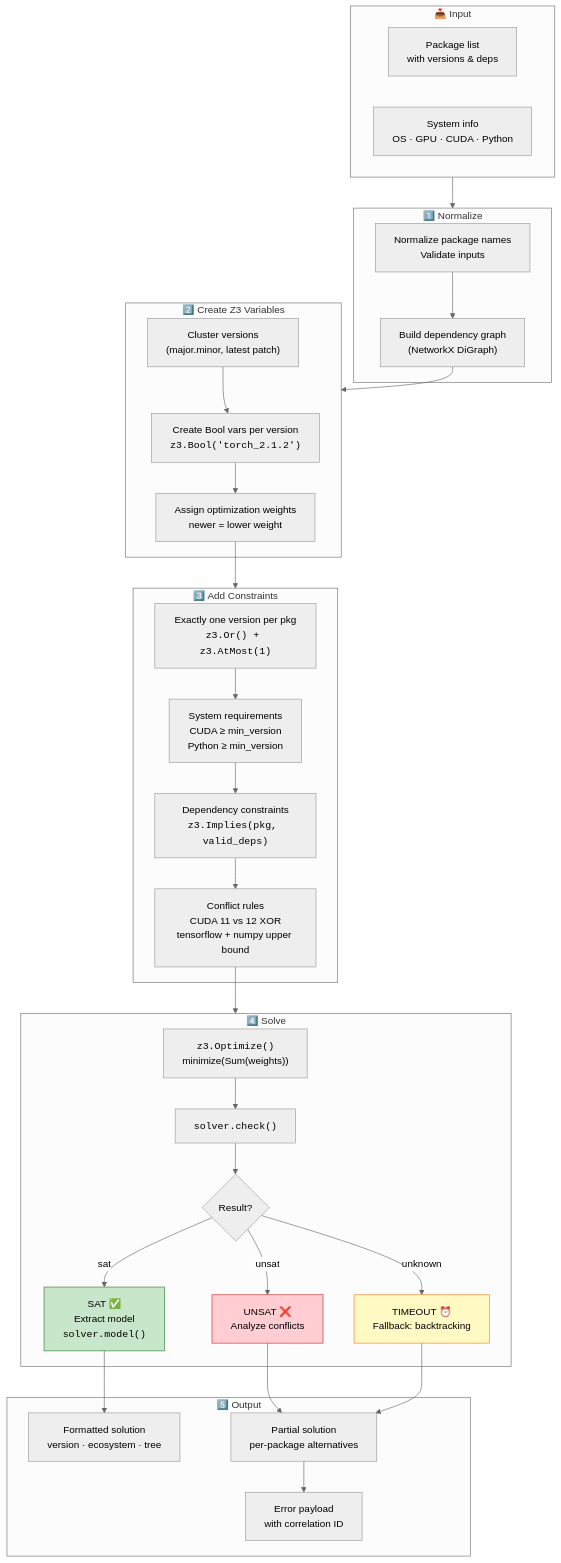
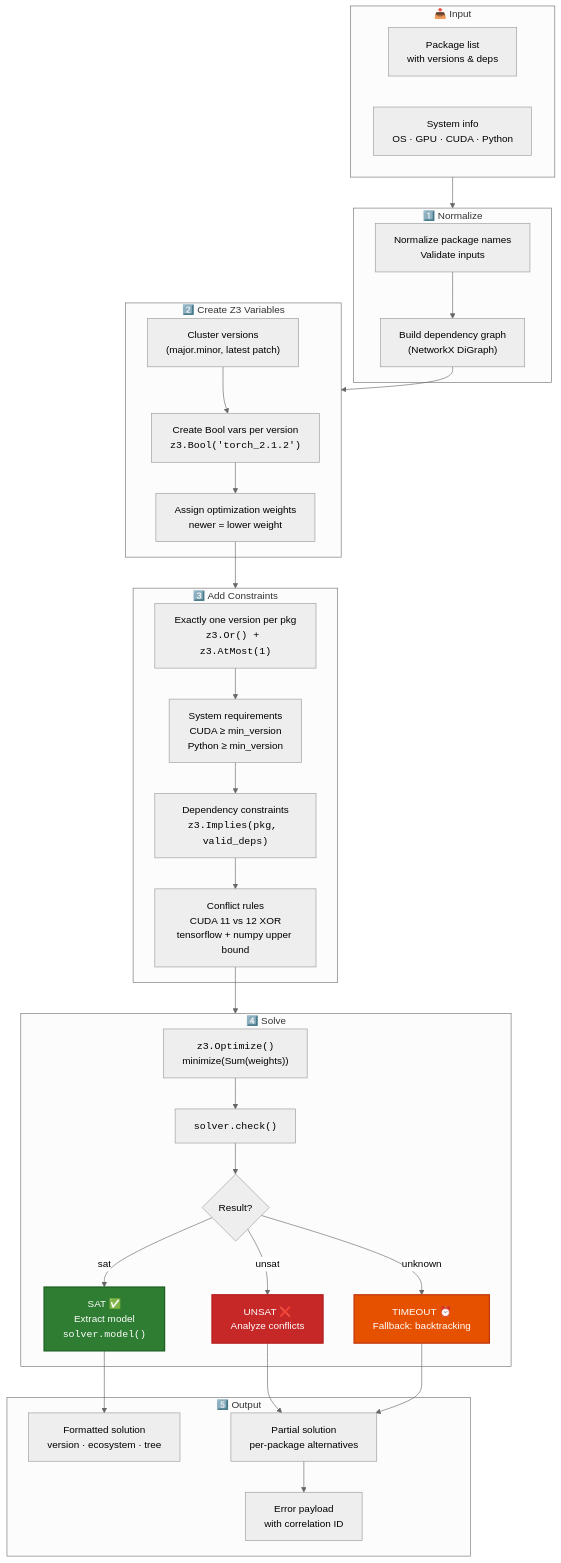
The diagram in docs/PERFORMANCE.md (code-with-zeeshan/universal-dependency-resolver), drawn with Mermaid (neutral theme) before and after one commit. The commit also changed 5 other files, not shown here.

````diff
--- a/docs/PERFORMANCE.md
+++ b/docs/PERFORMANCE.md
@@ -5,64 +5,64 @@
 ```mermaid
 flowchart TB
     subgraph Input["📥 Input"]
         PACKAGES["Package list<br/>with versions & deps"]
         SYSINFO["System info<br/>OS · GPU · CUDA · Python"]
     end
 
     subgraph Normalize["1️⃣ Normalize"]
         NORM["Normalize package names<br/>Validate inputs"]
         GRAPH["Build dependency graph<br/>(NetworkX DiGraph)"]
     end
 
     subgraph Variables["2️⃣ Create Z3 Variables"]
         VARS["Create Bool vars per version<br/><code>z3.Bool('torch_2.1.2')</code>"]
         CLUSTER["Cluster versions<br/>(major.minor, latest patch)"]
         WEIGHTS["Assign optimization weights<br/>newer = lower weight"]
     end
 
     subgraph Constraints["3️⃣ Add Constraints"]
         ONEVER["Exactly one version per pkg<br/><code>z3.Or() + z3.AtMost(1)</code>"]
         SYSREQ["System requirements<br/>CUDA ≥ min_version<br/>Python ≥ min_version"]
         DEP["Dependency constraints<br/><code>z3.Implies(pkg, valid_deps)</code>"]
         CONFLICT["Conflict rules<br/>CUDA 11 vs 12 XOR<br/>tensorflow + numpy upper bound"]
     end
 
     subgraph Solve["4️⃣ Solve"]
         OPT["<code>z3.Optimize()</code><br/>minimize(Sum(weights))"]
         CHECK["<code>solver.check()</code>"]
         RESULT{"Result?"}
         SAT["SAT ✅<br/>Extract model<br/><code>solver.model()</code>"]
         UNSAT["UNSAT ❌<br/>Analyze conflicts"]
         TIMEOUT["TIMEOUT ⏰<br/>Fallback: backtracking"]
     end
 
     subgraph Output["5️⃣ Output"]
         SOLUTION["Formatted solution<br/>version · ecosystem · tree"]
         PARTIAL["Partial solution<br/>per-package alternatives"]
         ERROR["Error payload<br/>with correlation ID"]
     end
 
     Input --> Normalize
     NORM --> GRAPH
     GRAPH --> Variables
     CLUSTER --> VARS
     VARS --> WEIGHTS
     WEIGHTS --> Constraints
     ONEVER --> SYSREQ
     SYSREQ --> DEP
     DEP --> CONFLICT
     CONFLICT --> Solve
     OPT --> CHECK
     CHECK --> RESULT
     RESULT -->|"sat"| SAT
     RESULT -->|"unsat"| UNSAT
     RESULT -->|"unknown"| TIMEOUT
     SAT --> SOLUTION
     UNSAT --> PARTIAL
     TIMEOUT --> PARTIAL
     PARTIAL --> ERROR
 
-    style SAT fill:#c8e6c9,stroke:#2e7d32
-    style UNSAT fill:#ffcdd2,stroke:#c62828
-    style TIMEOUT fill:#fff9c4,stroke:#f57f17
+    style SAT fill:#2e7d32,color:#fff,stroke:#1b5e20,stroke-width:2px
+    style UNSAT fill:#c62828,color:#fff,stroke:#b71c1c,stroke-width:2px
+    style TIMEOUT fill:#e65100,color:#fff,stroke:#bf360c,stroke-width:2px
 ```
````
